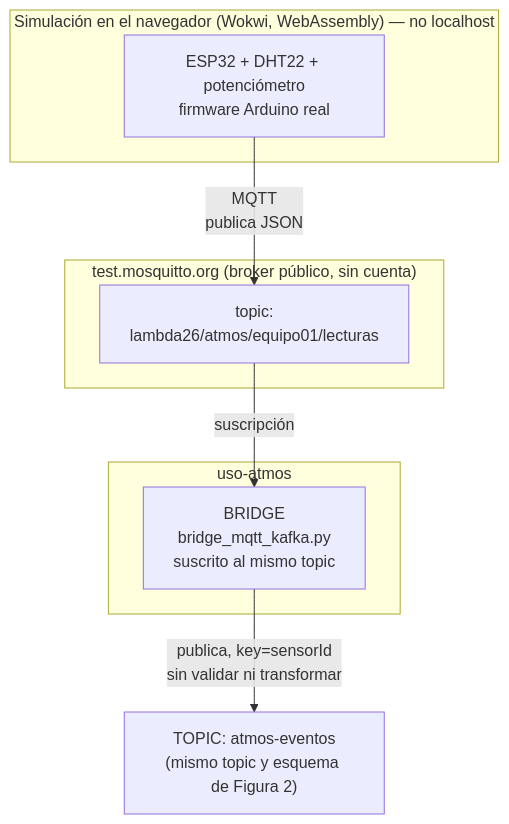
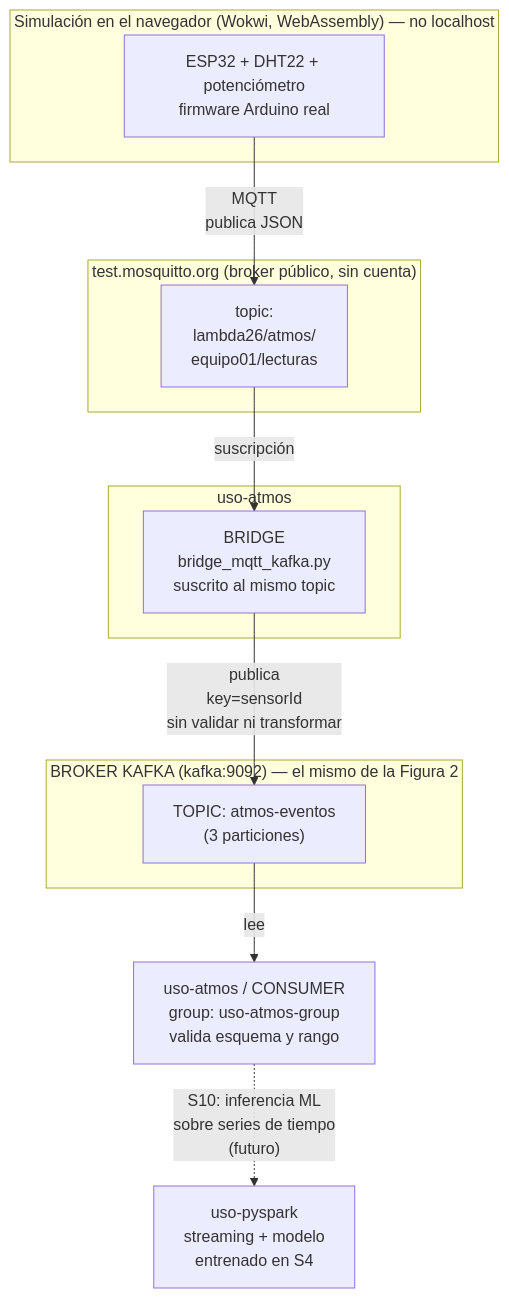
Before and after one commit to 262bigdata/lambda26: the third of 3 diagrams in docs/sesiones/S07_Ingesta_Eventos_IoT_Sensores_Tiempo_Real.md, drawn with Mermaid. The commit also changed other lines of this file, not shown here.

````diff
--- a/docs/sesiones/S07_Ingesta_Eventos_IoT_Sensores_Tiempo_Real.md
+++ b/docs/sesiones/S07_Ingesta_Eventos_IoT_Sensores_Tiempo_Real.md
@@ -122,20 +121,27 @@
 ```mermaid
 flowchart TB
     subgraph WokwiModule["Simulación en el navegador (Wokwi, WebAssembly) — no localhost"]
         ESP32["ESP32 + DHT22 + potenciómetro<br/>firmware Arduino real"]
     end
 
     subgraph Broker["test.mosquitto.org (broker público, sin cuenta)"]
-        Topic["topic:<br/>lambda26/atmos/equipo01/lecturas"]
+        Topic["topic:<br/>lambda26/atmos/<br/>equipo01/lecturas"]
     end
 
     subgraph UsoAtmosMqtt["uso-atmos"]
         Bridge["BRIDGE<br/>bridge_mqtt_kafka.py<br/>suscrito al mismo topic"]
     end
 
-    KafkaTopic["TOPIC: atmos-eventos<br/>(mismo topic y esquema de Figura 2)"]
+    subgraph KafkaAtmos["BROKER KAFKA (kafka:9092) — el mismo de la Figura 2"]
+        AtmosTopic["TOPIC: atmos-eventos<br/>(3 particiones)"]
+    end
+
+    Consumer["uso-atmos / CONSUMER<br/>group: uso-atmos-group<br/>valida esquema y rango"]
+    Futuro["uso-pyspark<br/>streaming + modelo<br/>entrenado en S4"]
 
     ESP32 -->|"MQTT<br/>publica JSON"| Topic
     Topic -->|"suscripción"| Bridge
-    Bridge -->|"publica, key=sensorId<br/>sin validar ni transformar"| KafkaTopic
+    Bridge -->|"publica<br/>key=sensorId<br/>sin validar ni transformar"| AtmosTopic
+    AtmosTopic -->|"lee"| Consumer
+    Consumer -.->|"S10: inferencia ML<br/>sobre series de tiempo<br/>(futuro)"| Futuro
 ```
````
